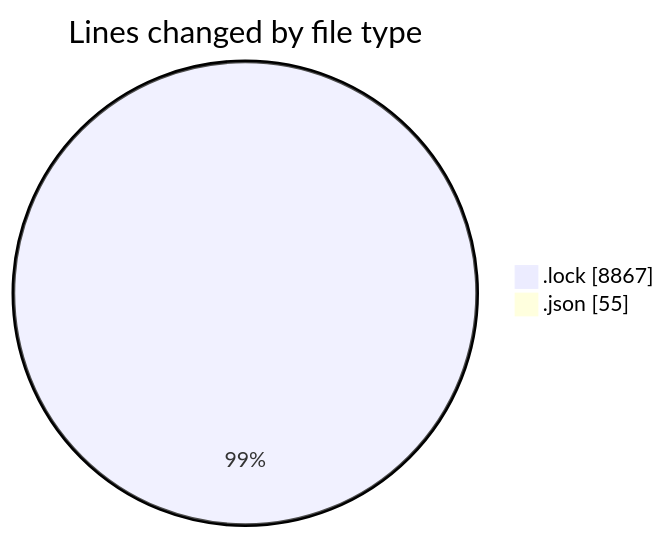
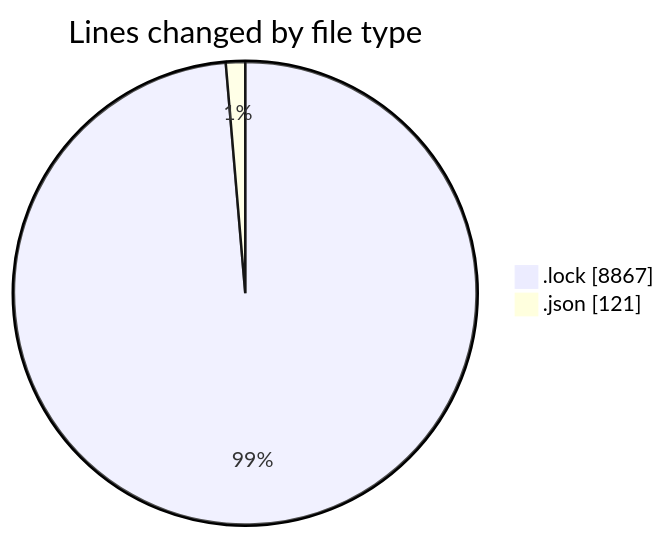
One commit to momahboobian/code-tracking changed the first of 2 diagrams in 2025-10-20/cda/README.md. Above: the diagram before and after it, drawn with Mermaid. The commit also changed other lines of this file and 1 other file, not shown here.

````diff
--- a/2025-10-20/cda/README.md
+++ b/2025-10-20/cda/README.md
@@ -21,6 +22,6 @@
 ```mermaid
 pie showData
 title Lines changed by file type
 ".lock" : 8867
-".json" : 55
+".json" : 121
 ```
````
